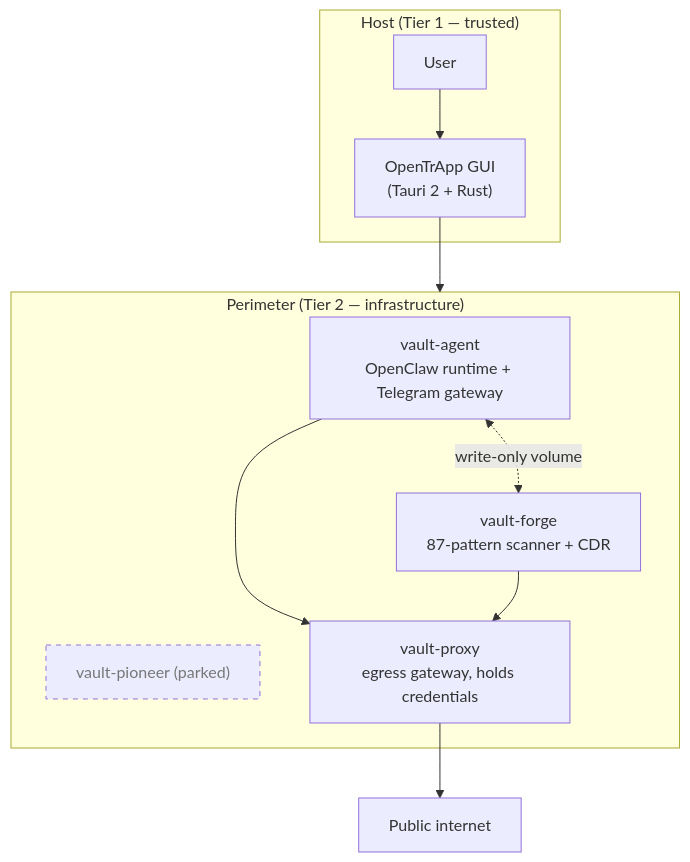
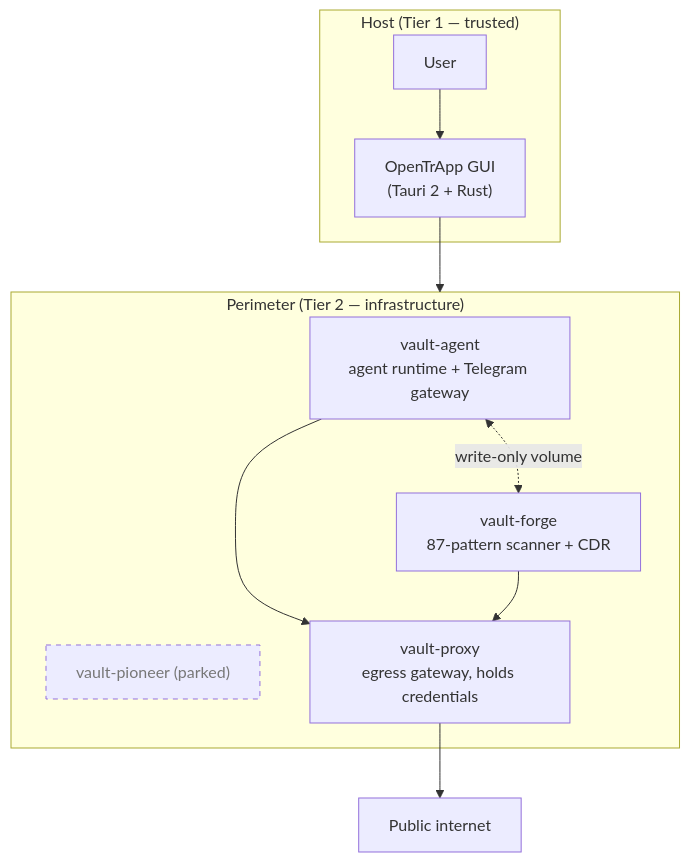
One commit to albertdobmeyer/opentrapp changed the diagram in docs/trifecta.md. Above: the diagram before and after it, drawn with Mermaid. The commit also changed other lines of this file and 15 other files, not shown here.

First line of the commit message:
docs(reframe): generalize OpenClaw mentions to agent-agnostic framing

````diff
--- a/docs/trifecta.md
+++ b/docs/trifecta.md
@@ -54,24 +54,24 @@
 ```mermaid
 flowchart TB
     subgraph HOST["Host (Tier 1 — trusted)"]
         USER[User]
         GUI["OpenTrApp GUI<br/>(Tauri 2 + Rust)"]
     end
 
     subgraph PERIMETER["Perimeter (Tier 2 — infrastructure)"]
-        AGENT["vault-agent<br/>OpenClaw runtime + Telegram gateway"]
+        AGENT["vault-agent<br/>agent runtime + Telegram gateway"]
         FORGE["vault-forge<br/>87-pattern scanner + CDR"]
         PIONEER["vault-pioneer (parked)"]
         PROXY["vault-proxy<br/>egress gateway, holds credentials"]
     end
 
     USER --> GUI
     GUI --> PERIMETER
     AGENT --> PROXY
     FORGE --> PROXY
     AGENT <-.->|"write-only volume"| FORGE
     PROXY --> EXT[Public internet]
 
     classDef parked stroke-dasharray: 5 5,color:#777
     class PIONEER parked
 ```
````
